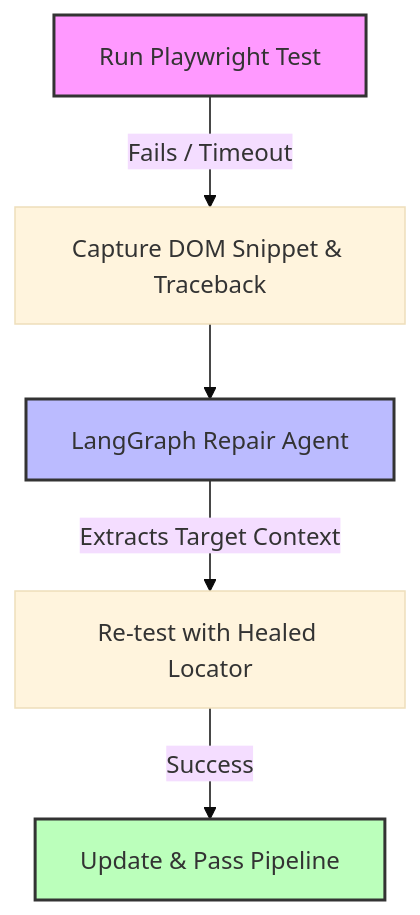
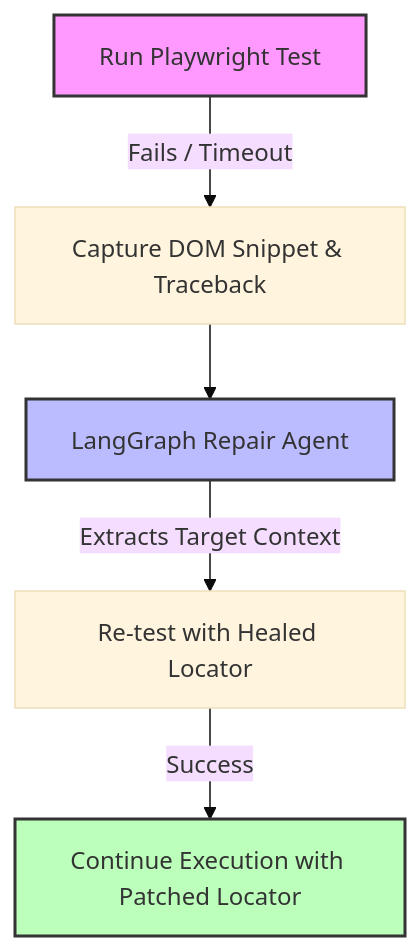
The diagram in README.md (anshi43/autonomous-playwright-healer), drawn with Mermaid (base theme) before and after one commit. The commit also changed other lines of this file, not shown here.

````diff
--- a/README.md
+++ b/README.md
@@ -15,11 +14,11 @@
 ```mermaid
 graph TD
     A[Run Playwright Test] -->|Fails / Timeout| B[Capture DOM Snippet & Traceback]
     B --> C[LangGraph Repair Agent]
     C -->|Extracts Target Context| D[Re-test with Healed Locator]
-    D -->|Success| E[Update & Pass Pipeline]
+    D -->|Success| E[Continue Execution with Patched Locator]
 
     style A fill:#f9f,stroke:#333,stroke-width:2px
     style C fill:#bbf,stroke:#333,stroke-width:2px
     style E fill:#bfb,stroke:#333,stroke-width:2px
 ```
````
